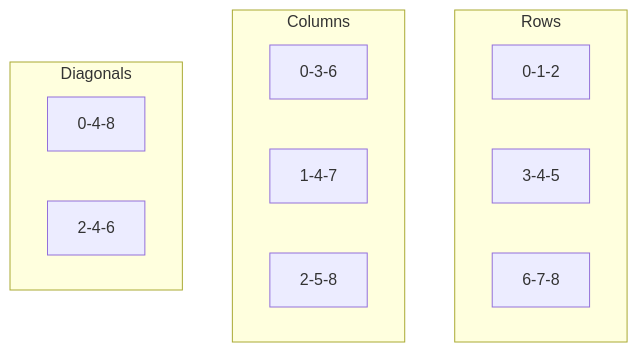
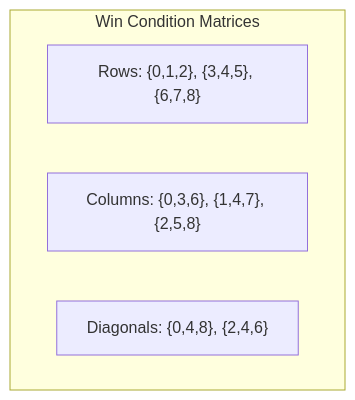
The second of 2 diagrams in Source Code/Tic Tac Toe/README.md (Amey-Thakur/PYTHON-SHORTS), drawn with Mermaid before and after one commit. The commit also changed other lines of this file, not shown here.

````diff
--- a/Source Code/Tic Tac Toe/README.md
+++ b/Source Code/Tic Tac Toe/README.md
@@ -80,17 +71,9 @@
 ```mermaid
-graph TB
-    subgraph Rows
-        R1[0-1-2]
-        R2[3-4-5]
-        R3[6-7-8]
-    end
-    subgraph Columns
-        C1[0-3-6]
-        C2[1-4-7]
-        C3[2-5-8]
-    end
-    subgraph Diagonals
-        D1[0-4-8]
-        D2[2-4-6]
+flowchart TD
+    subgraph Patterns ["Win Condition Matrices"]
+        direction LR
+        R["Rows: {0,1,2}, {3,4,5}, {6,7,8}"]
+        C["Columns: {0,3,6}, {1,4,7}, {2,5,8}"]
+        D["Diagonals: {0,4,8}, {2,4,6}"]
     end
 ```
````
